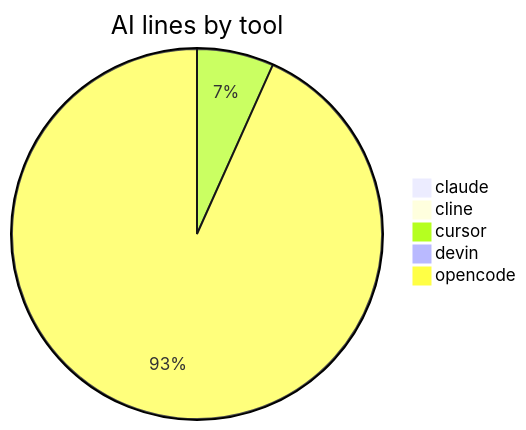
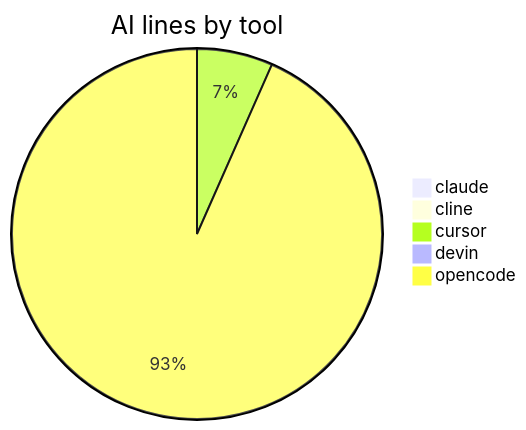
The third of 5 diagrams in AI-AUTHORSHIP.md (CaliMark/game-of-life), drawn with Mermaid before and after one commit. The commit also changed other lines of this file and 1 other file, not shown here.

````diff
--- a/AI-AUTHORSHIP.md
+++ b/AI-AUTHORSHIP.md
@@ -49,8 +49,8 @@
 ```mermaid
 pie title AI lines by tool
     "claude" : 1
     "cline" : 2
     "cursor" : 61
     "devin" : 1
-    "opencode" : 848
+    "opencode" : 860
 ```
````
